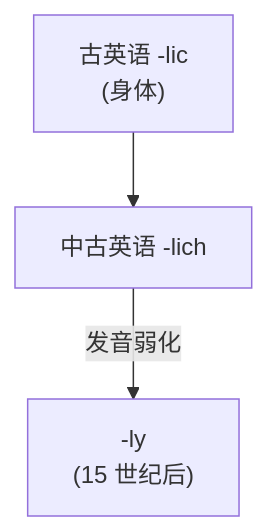
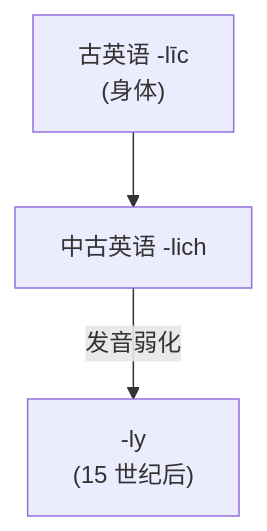
One commit to swiftczz/roots-affixes-book changed the second of 2 diagrams in 06-词缀的故事/第33章-ly的小史.md. Above: the diagram before and after it, drawn with Mermaid. The commit also changed other lines of this file and 29 other files, not shown here.

````diff
--- a/06-词缀的故事/第33章-ly的小史.md
+++ b/06-词缀的故事/第33章-ly的小史.md
@@ -52,8 +52,8 @@
 ```mermaid
 flowchart TD
-    OE["古英语 -lic<br/>(身体)"]
+    OE["古英语 -līc<br/>(身体)"]
     ME["中古英语 -lich"]
     MOD["-ly<br/>(15 世纪后)"]
     OE --> ME
     ME -->|发音弱化| MOD
 ```
````
